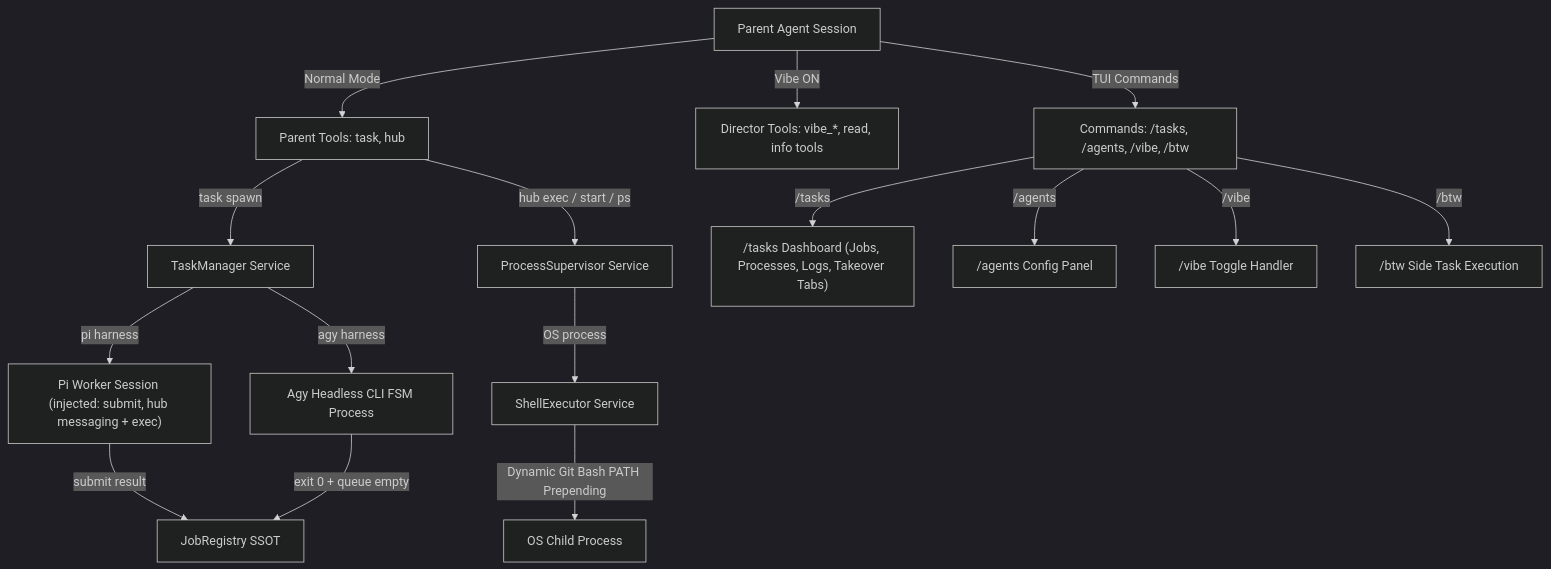
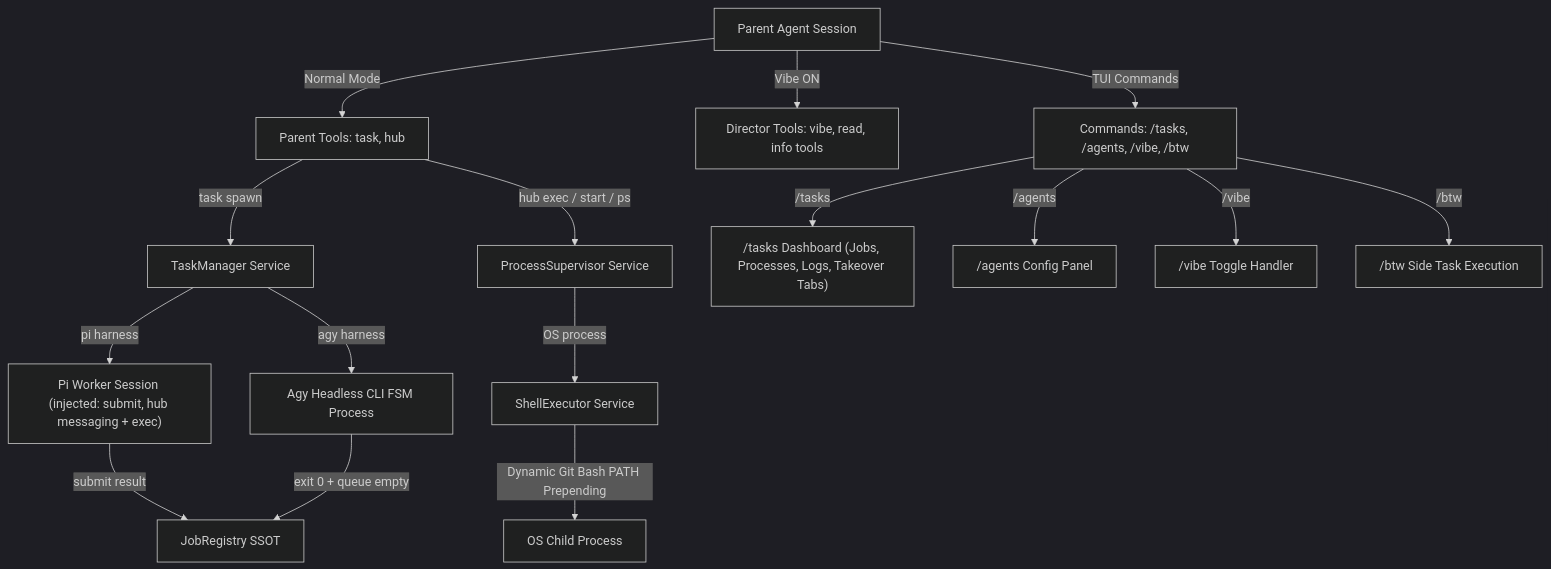
The first of 2 diagrams in docs/harbor-extension-plan.md (nielpattin/pi-tnega), drawn with Mermaid (dark theme) before and after one commit. The commit also changed other lines of this file and 62 other files, not shown here.

````diff
--- a/docs/harbor-extension-plan.md
+++ b/docs/harbor-extension-plan.md
@@ -211,23 +883,23 @@
 ```mermaid
 graph TD
     Parent[Parent Agent Session] -->|Normal Mode| NormalTools["Parent Tools: task, hub"]
-    Parent -->|Vibe ON| VibeTools["Director Tools: vibe_*, read, info tools"]
+    Parent -->|Vibe ON| VibeTools["Director Tools: vibe, read, info tools"]
     Parent -->|TUI Commands| Commands["Commands: /tasks, /agents, /vibe, /btw"]
 
     NormalTools -->|task spawn| TaskManager[TaskManager Service]
     NormalTools -->|hub exec / start / ps| ProcessSupervisor[ProcessSupervisor Service]
-    
+
     TaskManager -->|pi harness| PiChild["Pi Worker Session (injected: submit, hub messaging + exec)"]
     TaskManager -->|agy harness| AgyChild["Agy Headless CLI FSM Process"]
 
     PiChild -->|submit result| JobRegistry[JobRegistry SSOT]
     AgyChild -->|exit 0 + queue empty| JobRegistry
 
     ProcessSupervisor -->|OS process| ShellExecutor[ShellExecutor Service]
     ShellExecutor -->|Dynamic Git Bash PATH Prepending| OSProc[OS Child Process]
 
     Commands -->|/tasks| UnifiedUI["/tasks Dashboard (Jobs, Processes, Logs, Takeover Tabs)"]
     Commands -->|/agents| AgentsUI["/agents Config Panel"]
     Commands -->|/vibe| VibeHandler["/vibe Toggle Handler"]
     Commands -->|/btw| BtwHandler["/btw Side Task Execution"]
 ```
````
